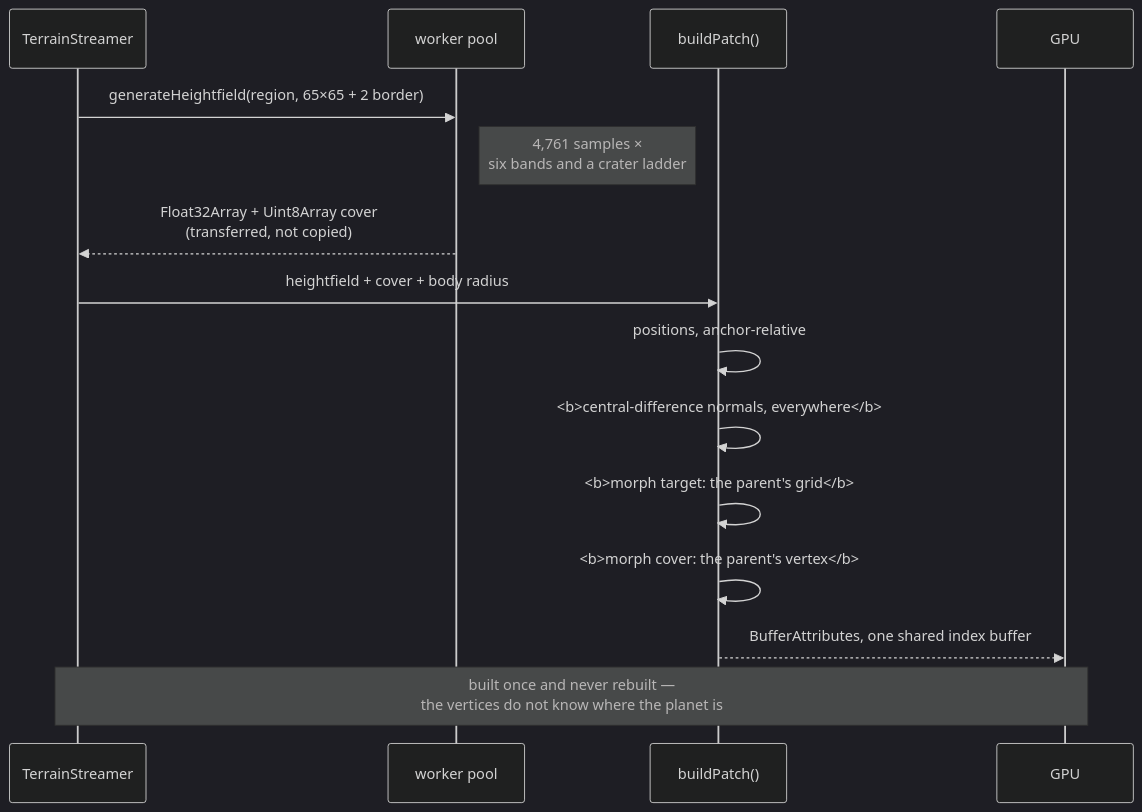
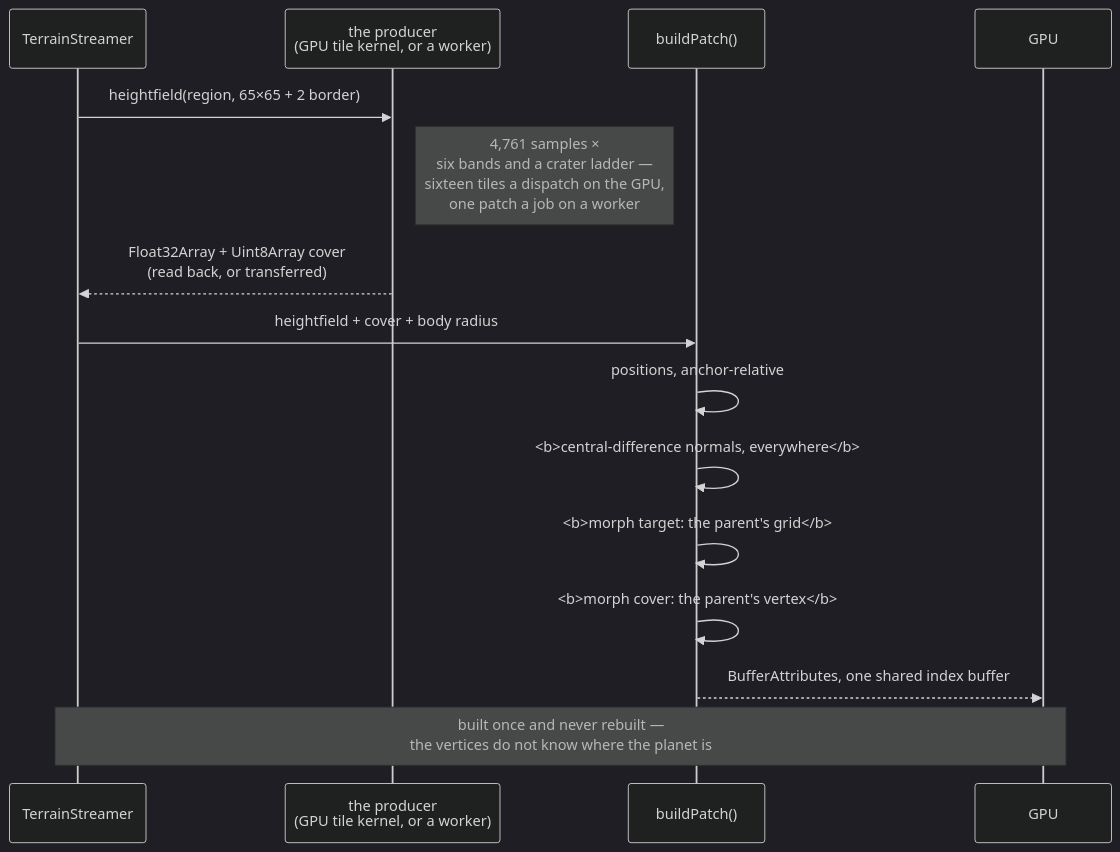
One commit to jonjaques/inertialref changed the seventh of 9 diagrams in docs/concepts/rendering.md. Above: the diagram before and after it, drawn with Mermaid (dark theme). The commit also changed 51 other files, not shown here.

First line of the commit message:
feat(render): heightfields come from a GPU tile producer, and the first frame has a camera (#44)

````diff
--- a/docs/concepts/rendering.md
+++ b/docs/concepts/rendering.md
@@ -247,18 +247,18 @@
 ```mermaid
 sequenceDiagram
     participant S as TerrainStreamer
-    participant P as worker pool
+    participant P as the producer<br/>(GPU tile kernel, or a worker)
     participant B as buildPatch()
     participant G as GPU
 
-    S->>P: generateHeightfield(region, 65×65 + 2 border)
-    Note right of P: 4,761 samples ×<br/>six bands and a crater ladder
-    P-->>S: Float32Array + Uint8Array cover<br/>(transferred, not copied)
+    S->>P: heightfield(region, 65×65 + 2 border)
+    Note right of P: 4,761 samples ×<br/>six bands and a crater ladder —<br/>sixteen tiles a dispatch on the GPU,<br/>one patch a job on a worker
+    P-->>S: Float32Array + Uint8Array cover<br/>(read back, or transferred)
     S->>B: heightfield + cover + body radius
     B->>B: positions, anchor-relative
     B->>B: <b>central-difference normals, everywhere</b>
     B->>B: <b>morph target: the parent's grid</b>
     B->>B: <b>morph cover: the parent's vertex</b>
     B-->>G: BufferAttributes, one shared index buffer
     Note over S,G: built once and never rebuilt —<br/>the vertices do not know where the planet is
 ```
````
